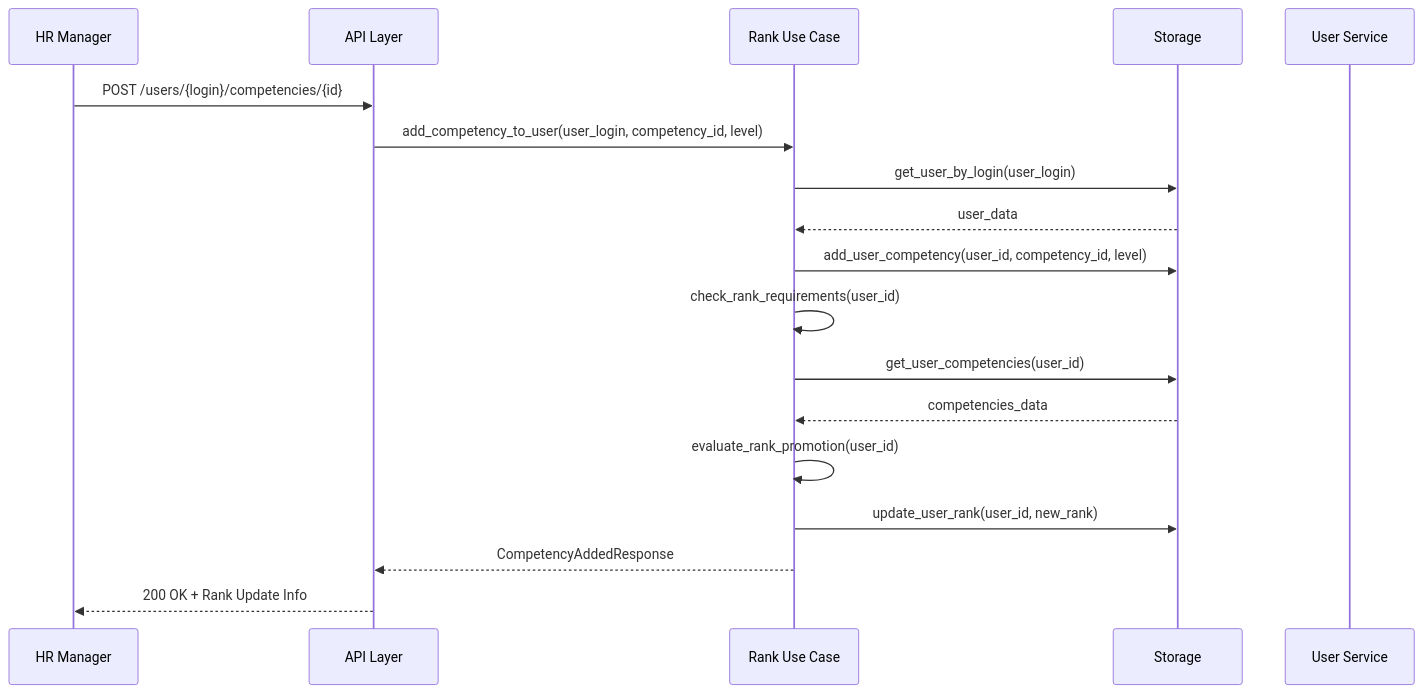
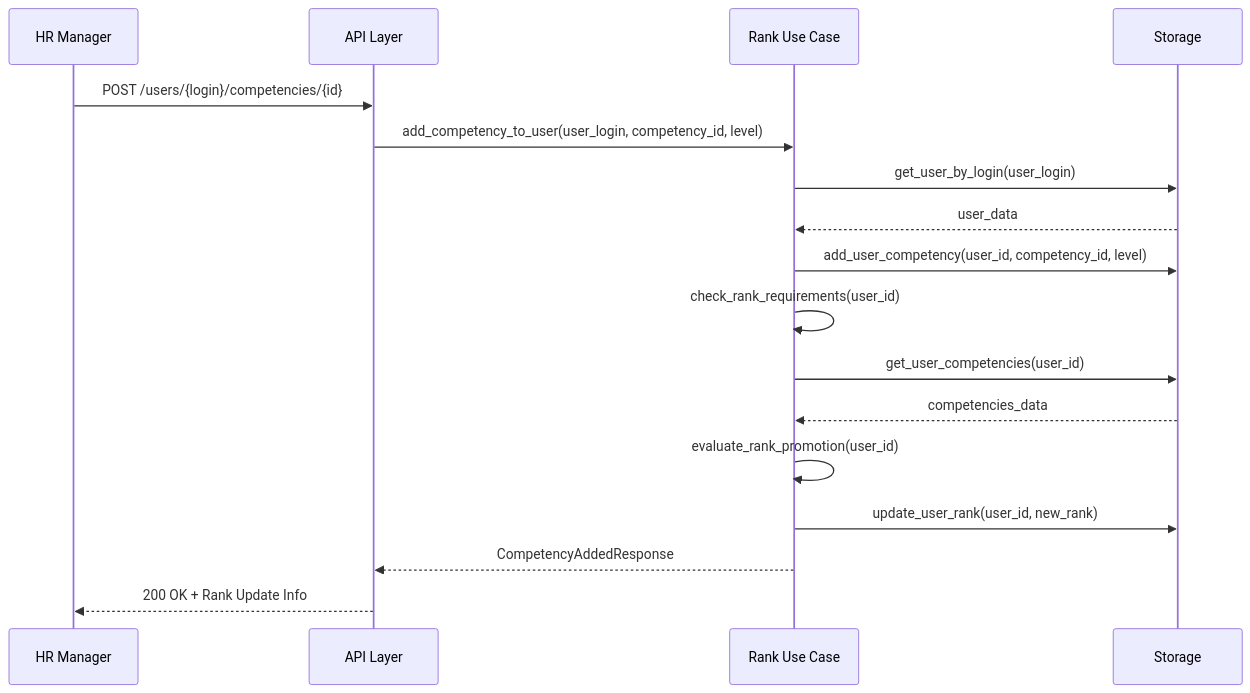
One commit to OptikRUS/hackaton_alabuga changed the third of 3 diagrams in README.md. Above: the diagram before and after it, drawn with Mermaid. The commit also changed other lines of this file and 8 other files, not shown here.

Commit message:
docs(README.md): fix urls and seq diagrams

````diff
--- a/README.md
+++ b/README.md
@@ -261,21 +240,20 @@
 ```mermaid
 sequenceDiagram
     participant HR as HR Manager
     participant API as API Layer
     participant UC as Rank Use Case
     participant S as Storage
-    participant U as User Service
 
     HR->>API: POST /users/{login}/competencies/{id}
     API->>UC: add_competency_to_user(user_login, competency_id, level)
     UC->>S: get_user_by_login(user_login)
     S-->>UC: user_data
     UC->>S: add_user_competency(user_id, competency_id, level)
     UC->>UC: check_rank_requirements(user_id)
     UC->>S: get_user_competencies(user_id)
     S-->>UC: competencies_data
     UC->>UC: evaluate_rank_promotion(user_id)
     UC->>S: update_user_rank(user_id, new_rank)
     UC-->>API: CompetencyAddedResponse
     API-->>HR: 200 OK + Rank Update Info
 ```
````
